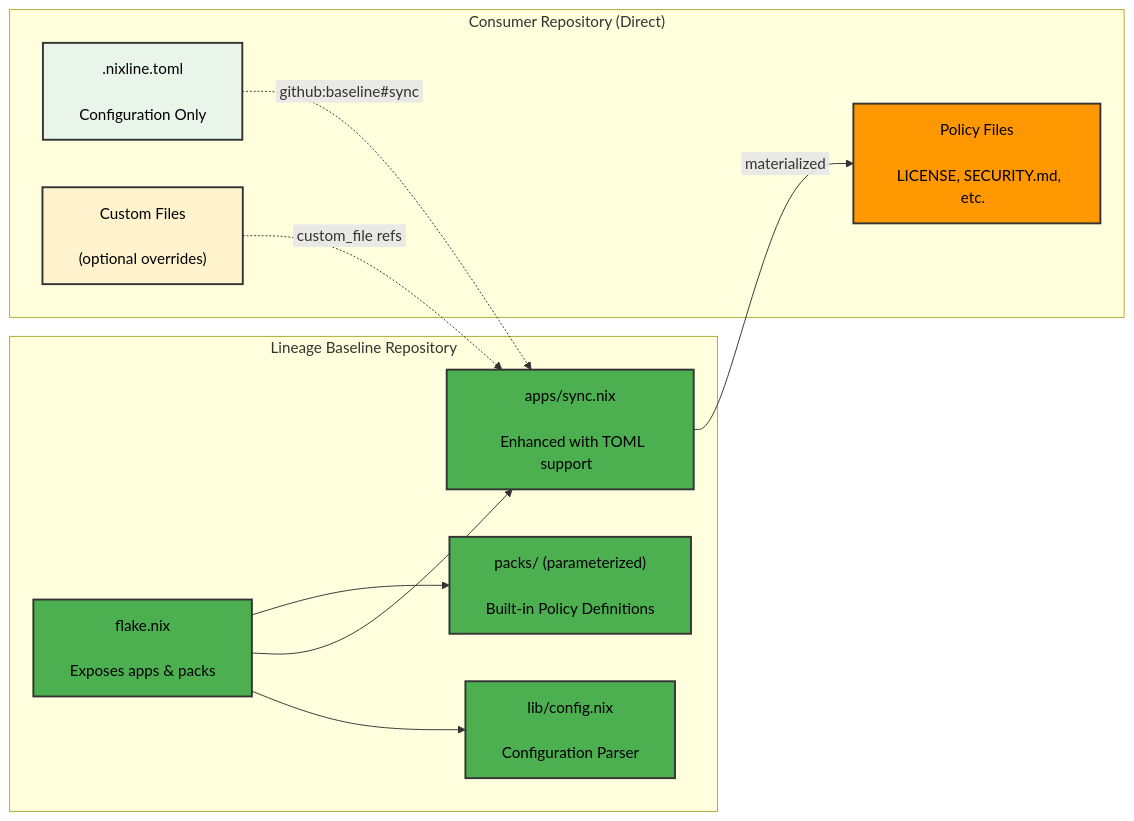
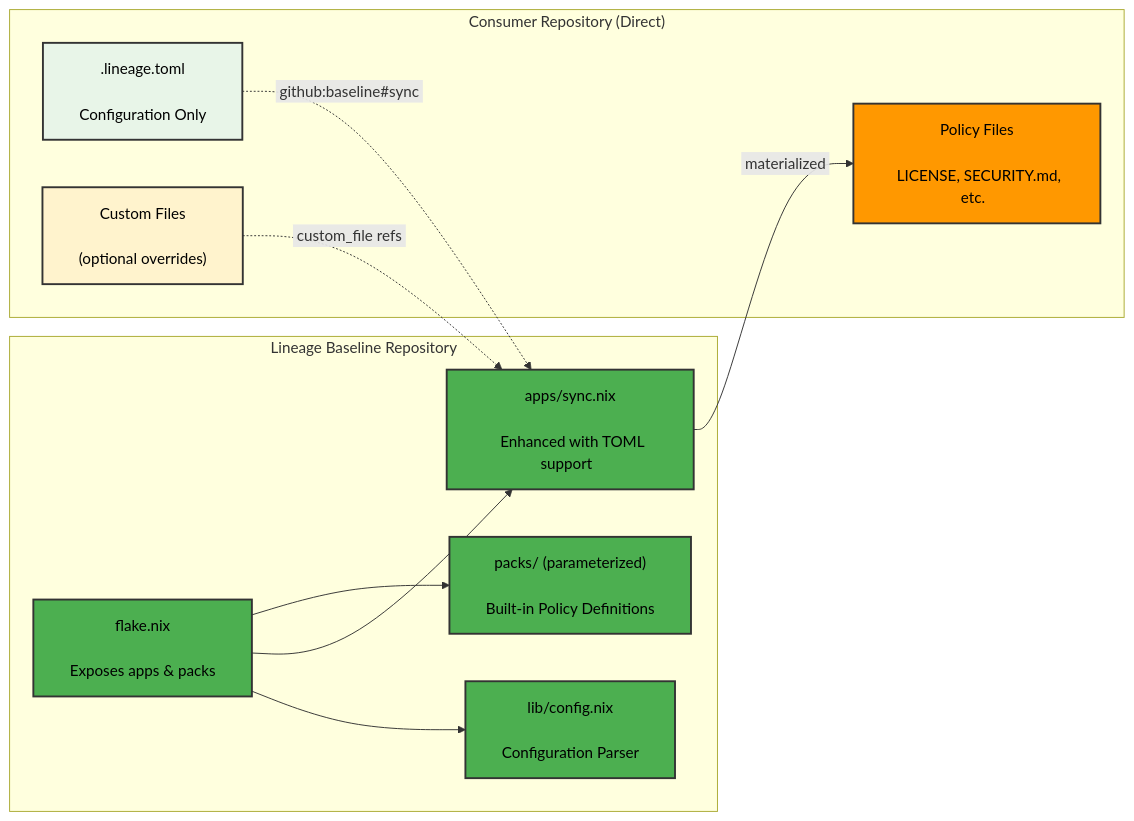
The fourth of 11 diagrams in README.md (NixLine-org/nixline-baseline), drawn with Mermaid before and after one commit. The commit also changed other lines of this file and 3 other files, not shown here.

````diff
--- a/README.md
+++ b/README.md
@@ -315,30 +315,30 @@
 ```mermaid
 graph LR
     subgraph baseline["&nbsp;&nbsp;&nbsp;&nbsp;Lineage Baseline Repository&nbsp;&nbsp;&nbsp;&nbsp;"]
         B1["&nbsp;&nbsp;flake.nix&nbsp;&nbsp;<br/>&nbsp;<br/>&nbsp;&nbsp;Exposes apps & packs&nbsp;&nbsp;"]
         B2["&nbsp;&nbsp;packs/ (parameterized)&nbsp;&nbsp;<br/>&nbsp;<br/>&nbsp;&nbsp;Built-in Policy Definitions&nbsp;&nbsp;"]
         B3["&nbsp;&nbsp;apps/sync.nix&nbsp;&nbsp;<br/>&nbsp;<br/>&nbsp;&nbsp;Enhanced with TOML support&nbsp;&nbsp;"]
         B4["&nbsp;&nbsp;lib/config.nix&nbsp;&nbsp;<br/>&nbsp;<br/>&nbsp;&nbsp;Configuration Parser&nbsp;&nbsp;"]
         B1 --> B2
         B1 --> B3
         B1 --> B4
     end
 
     subgraph consumer["&nbsp;&nbsp;&nbsp;&nbsp;Consumer Repository (Direct)&nbsp;&nbsp;&nbsp;&nbsp;"]
-        C1["&nbsp;&nbsp;.nixline.toml&nbsp;&nbsp;<br/>&nbsp;<br/>&nbsp;&nbsp;Configuration Only&nbsp;&nbsp;"]
+        C1["&nbsp;&nbsp;.lineage.toml&nbsp;&nbsp;<br/>&nbsp;<br/>&nbsp;&nbsp;Configuration Only&nbsp;&nbsp;"]
         C2["&nbsp;&nbsp;Policy Files&nbsp;&nbsp;<br/>&nbsp;<br/>&nbsp;&nbsp;LICENSE, SECURITY.md, etc.&nbsp;&nbsp;"]
         C3["&nbsp;&nbsp;Custom Files&nbsp;&nbsp;<br/>&nbsp;<br/>&nbsp;&nbsp;(optional overrides)&nbsp;&nbsp;"]
     end
 
     C1 -.->|"&nbsp;github:baseline#sync&nbsp;"| B3
     C3 -.->|"&nbsp;custom_file refs&nbsp;"| B3
     B3 -->|"&nbsp;materialized&nbsp;"| C2
 
     style B1 fill:#4CAF50,color:#000000,stroke:#333,stroke-width:2px
     style B2 fill:#4CAF50,color:#000000,stroke:#333,stroke-width:2px
     style B3 fill:#4CAF50,color:#000000,stroke:#333,stroke-width:2px
     style B4 fill:#4CAF50,color:#000000,stroke:#333,stroke-width:2px
     style C1 fill:#e8f5e8,color:#000000,stroke:#333,stroke-width:2px
     style C2 fill:#FF9800,color:#000000,stroke:#333,stroke-width:2px
     style C3 fill:#fff3cd,color:#000000,stroke:#333,stroke-width:2px
 ```
````
